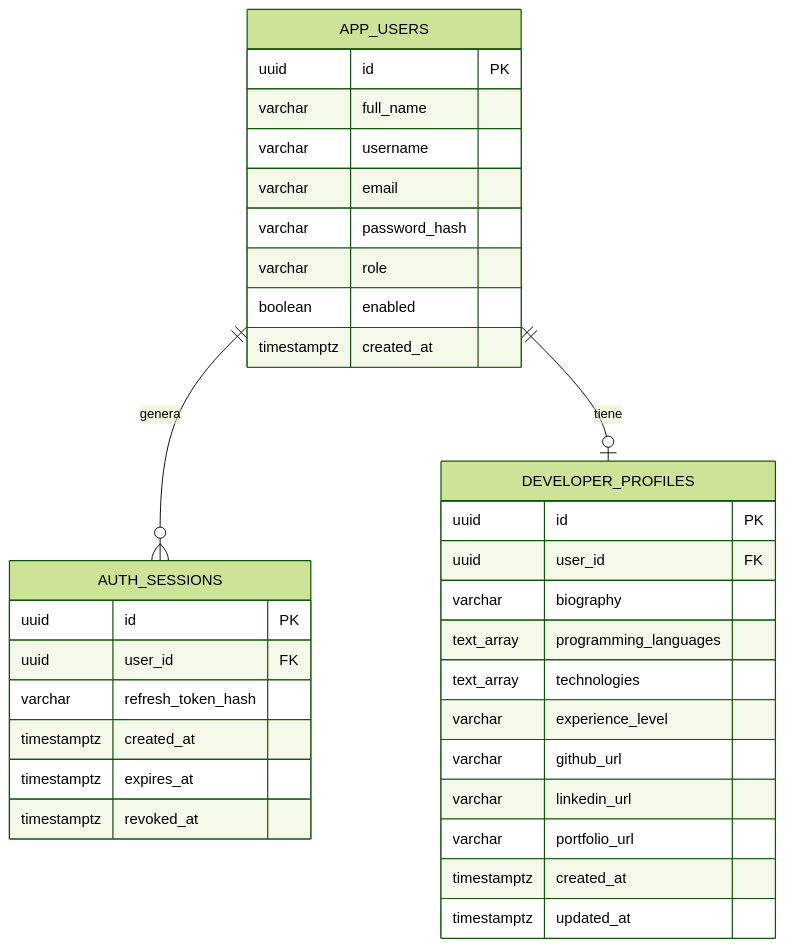
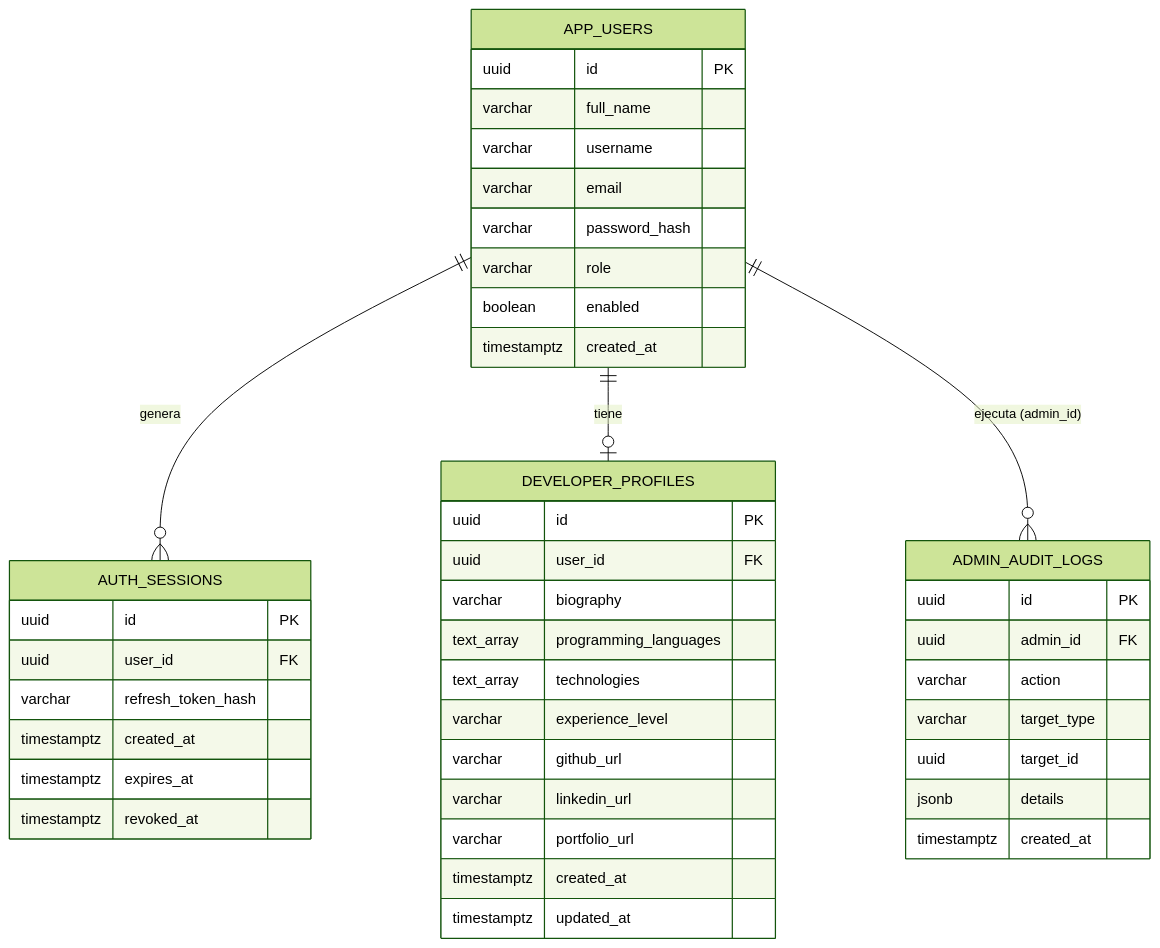
The diagram in README.md (dipper-ing/EAV02-Bases-De-Datos), drawn with Mermaid (forest theme) before and after one commit. The commit also changed other lines of this file and 2 other files, not shown here.

````diff
--- a/README.md
+++ b/README.md
@@ -38,39 +68,50 @@
 ```mermaid
 erDiagram
     APP_USERS ||--o{ AUTH_SESSIONS : "genera"
     APP_USERS ||--o| DEVELOPER_PROFILES : "tiene"
+    APP_USERS ||--o{ ADMIN_AUDIT_LOGS : "ejecuta (admin_id)"
 
     APP_USERS {
         uuid id PK
         varchar full_name
         varchar username
         varchar email
         varchar password_hash
         varchar role
         boolean enabled
         timestamptz created_at
     }
 
     AUTH_SESSIONS {
         uuid id PK
         uuid user_id FK
         varchar refresh_token_hash
         timestamptz created_at
         timestamptz expires_at
         timestamptz revoked_at
     }
 
     DEVELOPER_PROFILES {
         uuid id PK
         uuid user_id FK
         varchar biography
         text_array programming_languages
         text_array technologies
         varchar experience_level
         varchar github_url
         varchar linkedin_url
         varchar portfolio_url
         timestamptz created_at
         timestamptz updated_at
     }
+
+    ADMIN_AUDIT_LOGS {
+        uuid id PK
+        uuid admin_id FK
+        varchar action
+        varchar target_type
+        uuid target_id
+        jsonb details
+        timestamptz created_at
+    }
 ```
````
